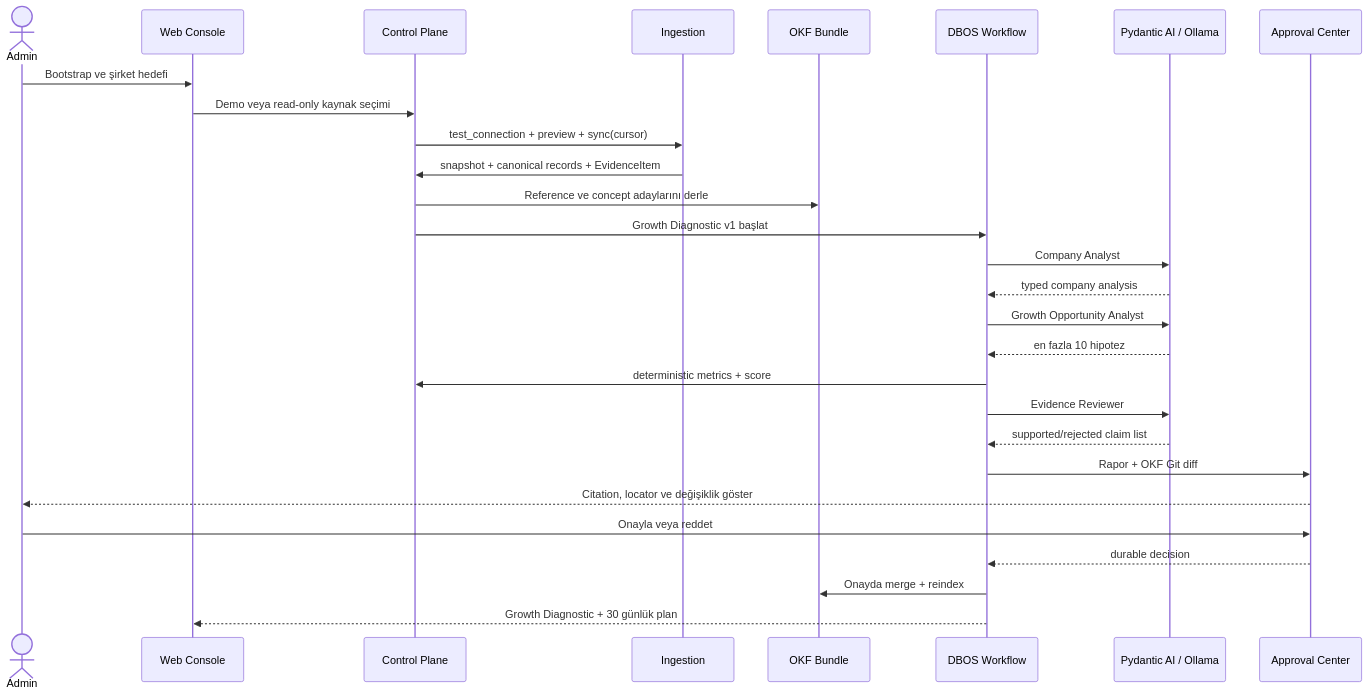
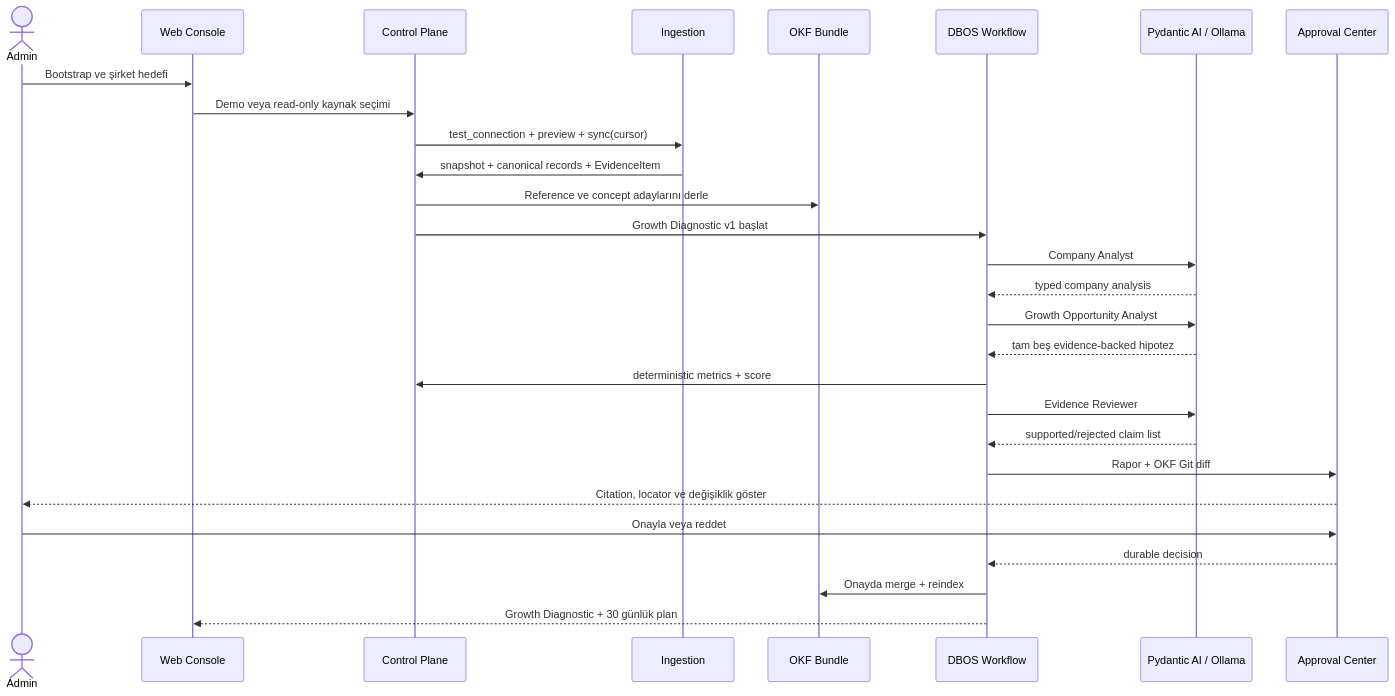
One commit to beratolmez/agenstfer-agi changed the second of 6 diagrams in docs/PROJECT_ARCHITECTURE.md. Above: the diagram before and after it, drawn with Mermaid. The commit also changed other lines of this file and 22 other files, not shown here.

````diff
--- a/docs/PROJECT_ARCHITECTURE.md
+++ b/docs/PROJECT_ARCHITECTURE.md
@@ -112,31 +112,31 @@
 ```mermaid
 sequenceDiagram
     actor Admin
     participant UI as Web Console
     participant CP as Control Plane
     participant ING as Ingestion
     participant OKF as OKF Bundle
     participant WF as DBOS Workflow
     participant AI as Pydantic AI / Ollama
     participant APR as Approval Center
 
     Admin->>UI: Bootstrap ve şirket hedefi
     UI->>CP: Demo veya read-only kaynak seçimi
     CP->>ING: test_connection + preview + sync(cursor)
     ING->>CP: snapshot + canonical records + EvidenceItem
     CP->>OKF: Reference ve concept adaylarını derle
     CP->>WF: Growth Diagnostic v1 başlat
     WF->>AI: Company Analyst
     AI-->>WF: typed company analysis
     WF->>AI: Growth Opportunity Analyst
-    AI-->>WF: en fazla 10 hipotez
+    AI-->>WF: tam beş evidence-backed hipotez
     WF->>CP: deterministic metrics + score
     WF->>AI: Evidence Reviewer
     AI-->>WF: supported/rejected claim list
     WF->>APR: Rapor + OKF Git diff
     APR-->>Admin: Citation, locator ve değişiklik göster
     Admin->>APR: Onayla veya reddet
     APR-->>WF: durable decision
     WF->>OKF: Onayda merge + reindex
     WF-->>UI: Growth Diagnostic + 30 günlük plan
 ```
````
